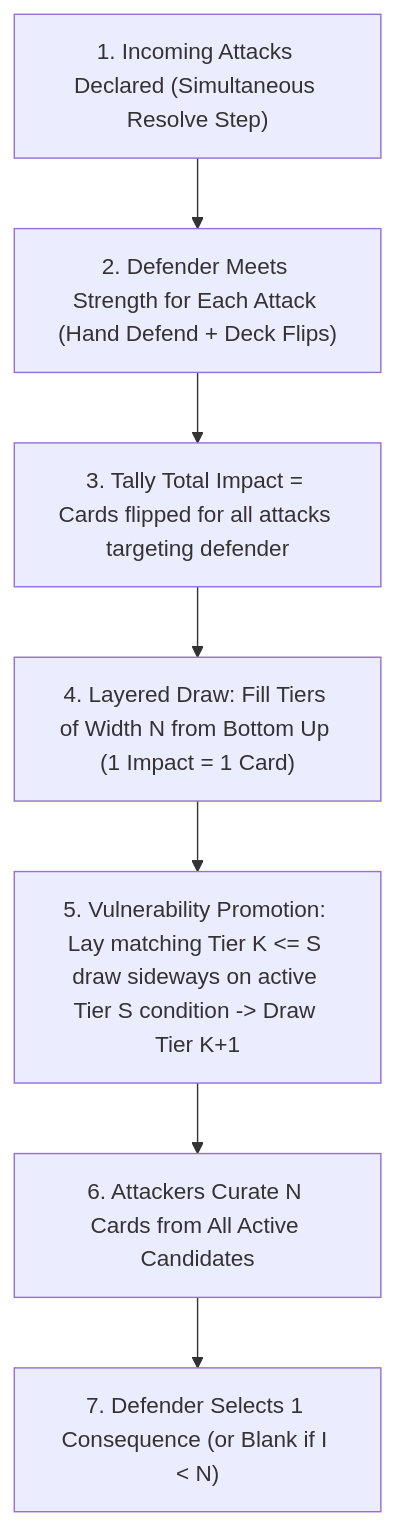
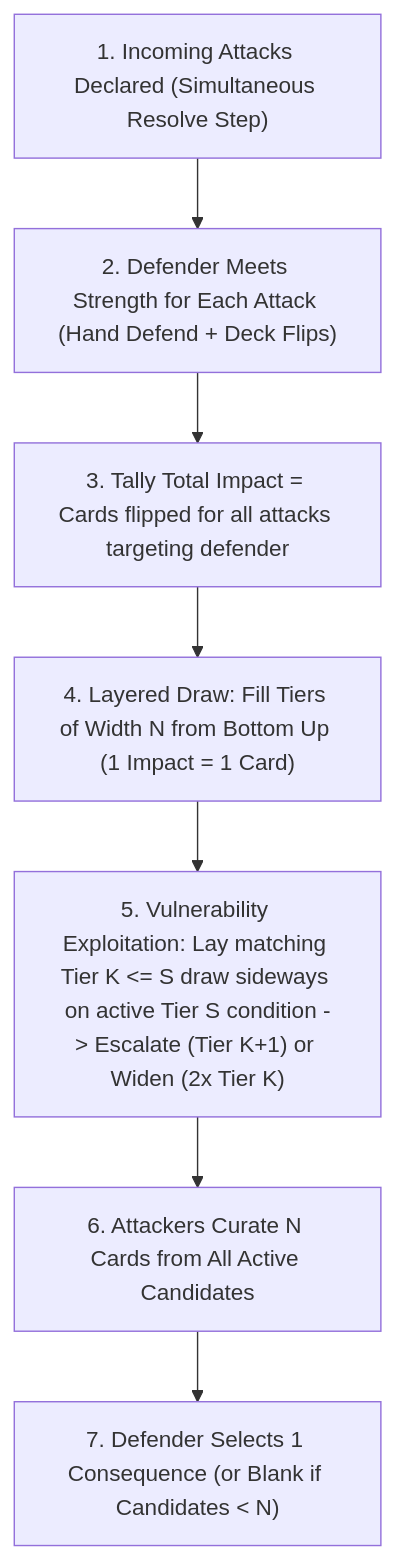
Before and after one commit to tdimiduk/cardpg: the diagram in design/iteration/resolution/candidates/consequence-pool-tag-escalation/README.md, drawn with Mermaid. The commit also changed other lines of this file and 4 other files, not shown here.

````diff
--- a/design/iteration/resolution/candidates/consequence-pool-tag-escalation/README.md
+++ b/design/iteration/resolution/candidates/consequence-pool-tag-escalation/README.md
@@ -32,9 +32,9 @@
 ```mermaid
 flowchart TD
     A["1. Incoming Attacks Declared (Simultaneous Resolve Step)"] --> B["2. Defender Meets Strength for Each Attack (Hand Defend + Deck Flips)"]
     B --> C["3. Tally Total Impact = Cards flipped for all attacks targeting defender"]
     C --> D["4. Layered Draw: Fill Tiers of Width N from Bottom Up (1 Impact = 1 Card)"]
-    D --> E["5. Vulnerability Promotion: Lay matching Tier K <= S draw sideways on active Tier S condition -> Draw Tier K+1"]
+    D --> E["5. Vulnerability Exploitation: Lay matching Tier K <= S draw sideways on active Tier S condition -> Escalate (Tier K+1) or Widen (2x Tier K)"]
     E --> F["6. Attackers Curate N Cards from All Active Candidates"]
-    F --> G["7. Defender Selects 1 Consequence (or Blank if I < N)"]
+    F --> G["7. Defender Selects 1 Consequence (or Blank if Candidates < N)"]
 ```
````
